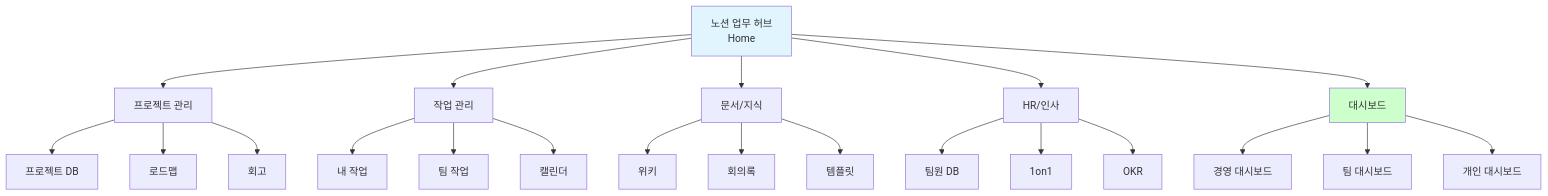
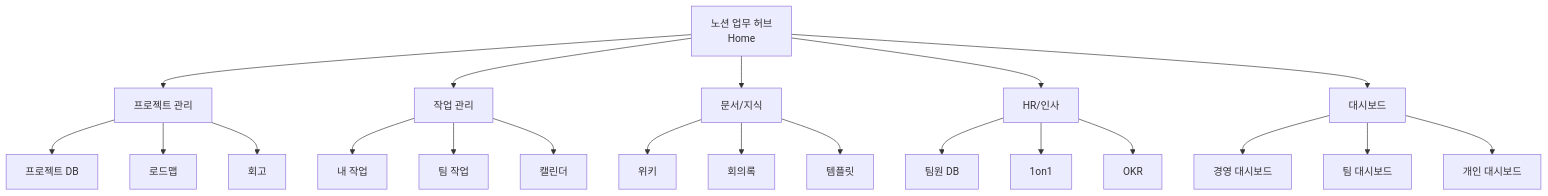
Before and after one commit to nugurejeil/weniVooks: the tenth of 10 diagrams in _md/genai-notion/chapter09/09-3.md, drawn with Mermaid. The commit also changed other lines of this file and 187 other files, not shown here.

````diff
--- a/_md/genai-notion/chapter09/09-3.md
+++ b/_md/genai-notion/chapter09/09-3.md
@@ -812,31 +783,28 @@
 ```mermaid
 graph TB
     A[노션 업무 허브<br/>Home] --> B[프로젝트 관리]
     A --> C[작업 관리]
     A --> D[문서/지식]
     A --> E[HR/인사]
     A --> F[대시보드]
 
     B --> B1[프로젝트 DB]
     B --> B2[로드맵]
     B --> B3[회고]
 
     C --> C1[내 작업]
     C --> C2[팀 작업]
     C --> C3[캘린더]
 
     D --> D1[위키]
     D --> D2[회의록]
     D --> D3[템플릿]
 
     E --> E1[팀원 DB]
     E --> E2[1on1]
     E --> E3[OKR]
 
     F --> F1[경영 대시보드]
     F --> F2[팀 대시보드]
     F --> F3[개인 대시보드]
-
-    style A fill:#e1f5ff
-    style F fill:#ccffcc
 ```
````
